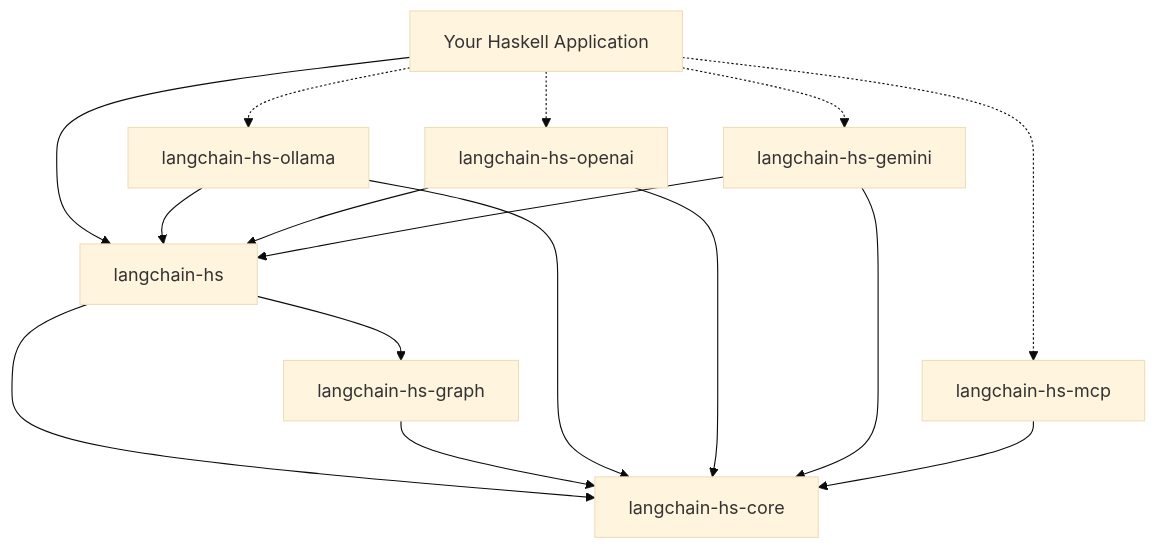
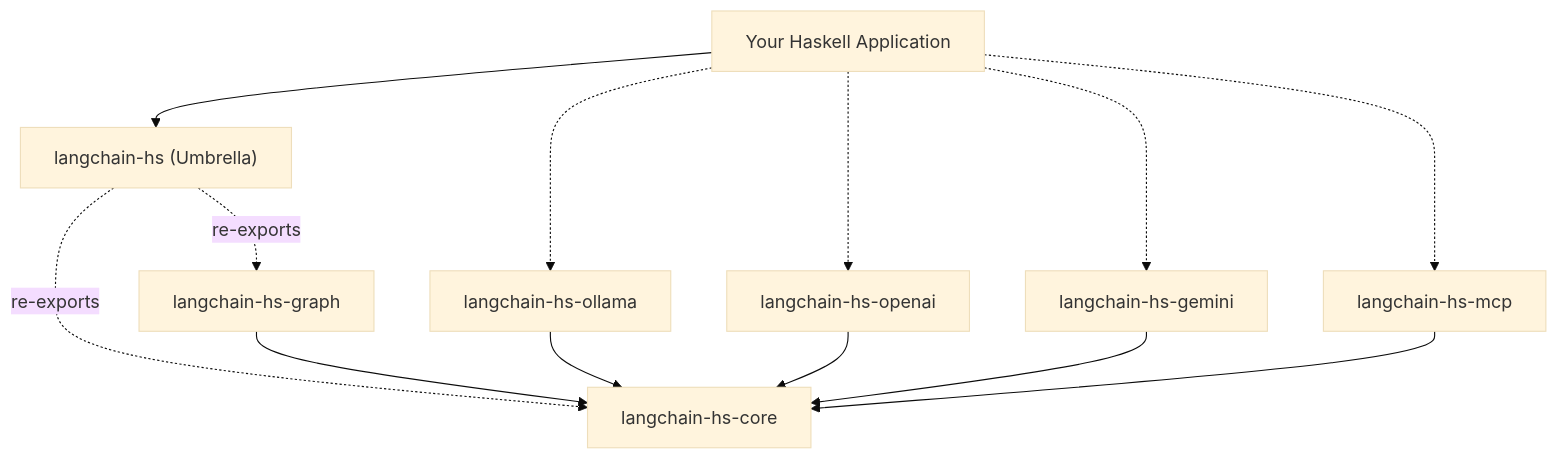
One commit to tusharad/langchain-hs changed the diagram in site/api/packages.md. Above: the diagram before and after it, drawn with Mermaid (base theme). The commit also changed other lines of this file and 281 other files, not shown here.

````diff
--- a/site/api/packages.md
+++ b/site/api/packages.md
@@ -25,20 +25,17 @@
 ```mermaid
 flowchart TD
-    App[Your Haskell Application] --> LangchainHs["langchain-hs"]
+    App[Your Haskell Application] --> LangchainHs["langchain-hs (Umbrella)"]
     App -.-> Ollama["langchain-hs-ollama"]
     App -.-> OpenAI["langchain-hs-openai"]
     App -.-> Gemini["langchain-hs-gemini"]
     App -.-> MCP["langchain-hs-mcp"]
     
-    LangchainHs --> LangchainHsGraph["langchain-hs-graph"]
-    LangchainHs --> LangchainHsCore["langchain-hs-core"]
+    LangchainHs -.->|re-exports| LangchainHsGraph["langchain-hs-graph"]
+    LangchainHs -.->|re-exports| LangchainHsCore["langchain-hs-core"]
     LangchainHsGraph --> LangchainHsCore
     
-    Ollama --> LangchainHs
     Ollama --> LangchainHsCore
-    OpenAI --> LangchainHs
     OpenAI --> LangchainHsCore
-    Gemini --> LangchainHs
     Gemini --> LangchainHsCore
     MCP --> LangchainHsCore
 ```
````
